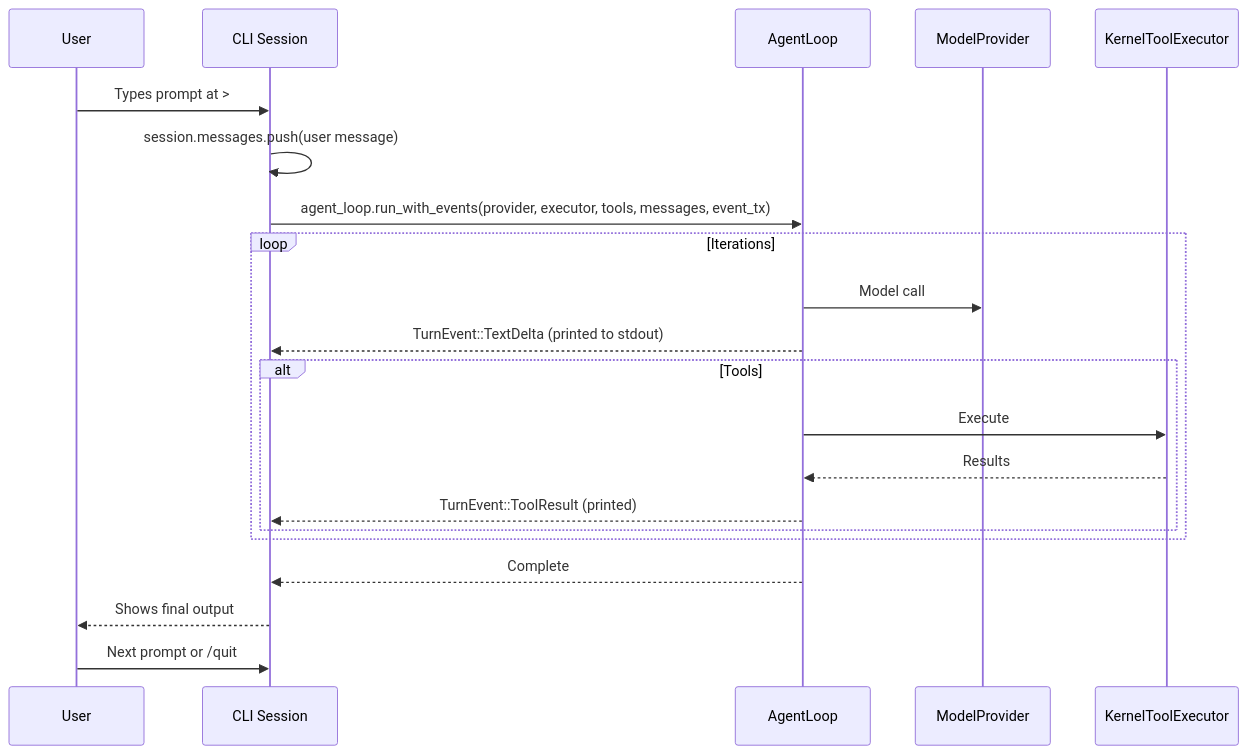
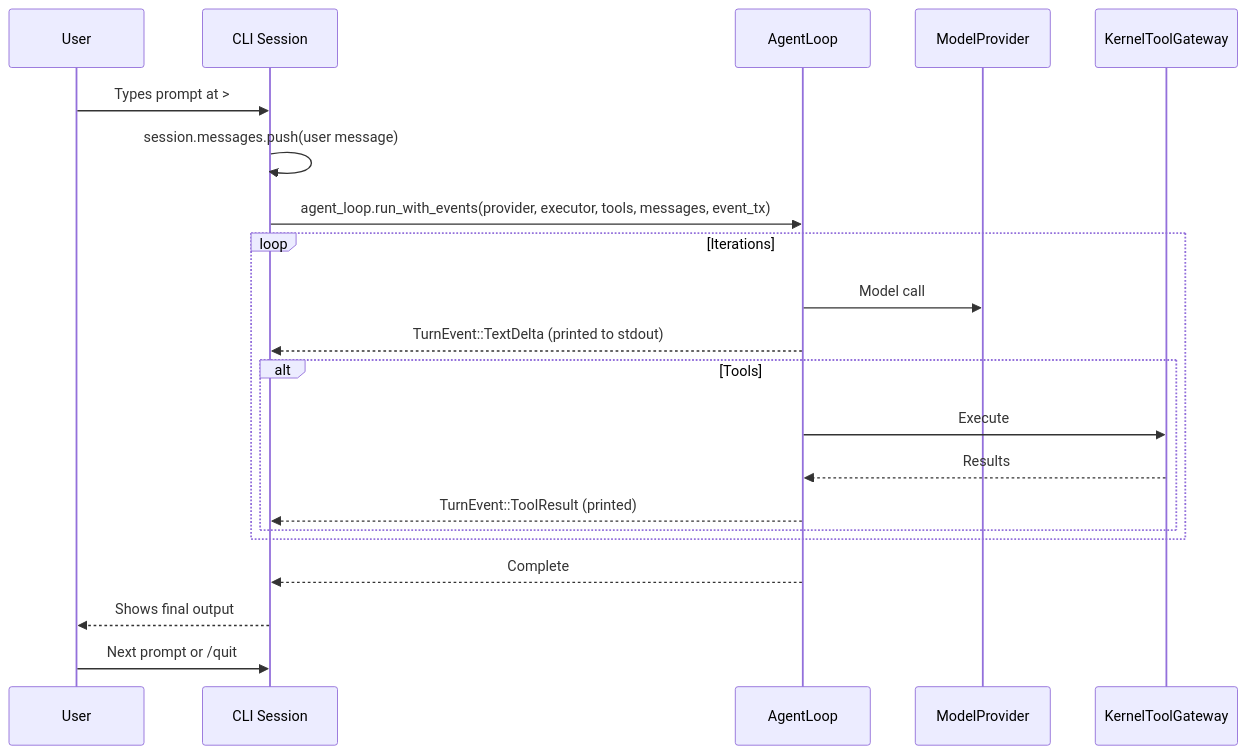
One commit to cypher-asi/aura-harness changed the seventh of 9 diagrams in docs/architecture.md. Above: the diagram before and after it, drawn with Mermaid. The commit also changed other lines of this file and 3 other files, not shown here.

First line of the commit message:
docs: update architecture, README, and add invariants doc

````diff
--- a/docs/architecture.md
+++ b/docs/architecture.md
@@ -628,26 +763,26 @@
 ```mermaid
 sequenceDiagram
     participant User
     participant REPL as CLI Session
     participant AL as AgentLoop
     participant MP as ModelProvider
-    participant KTE as KernelToolExecutor
+    participant KTG as KernelToolGateway
 
     User->>REPL: Types prompt at > 
     REPL->>REPL: session.messages.push(user message)
     REPL->>AL: agent_loop.run_with_events(provider, executor, tools, messages, event_tx)
     
     loop Iterations
         AL->>MP: Model call
         AL-->>REPL: TurnEvent::TextDelta (printed to stdout)
         alt Tools
-            AL->>KTE: Execute
-            KTE-->>AL: Results
+            AL->>KTG: Execute
+            KTG-->>AL: Results
             AL-->>REPL: TurnEvent::ToolResult (printed)
         end
     end
     
     AL-->>REPL: Complete
     REPL-->>User: Shows final output
     User->>REPL: Next prompt or /quit
 ```
````
